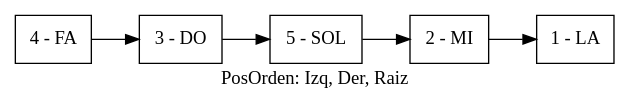
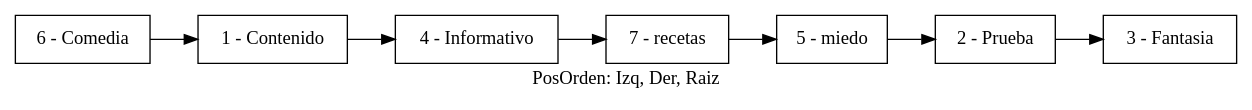
Before and after one commit to elJuanjoRamos/EDD_1S2020_PY2_201801262: the diagram in EDD_Proyecto2/AVLTreePosOrden.dot, drawn with Graphviz. The commit also changed 89 other files, not shown here.

```diff
--- a/EDD_Proyecto2/AVLTreePosOrden.dot
+++ b/EDD_Proyecto2/AVLTreePosOrden.dot
@@ -1,11 +1,15 @@
 digraph G {rankdir=LR;label="PosOrden: Izq, Der, Raiz";node[shape=box];
-nodo4 [ label ="4 - FA"];
-nodo3 [ label ="3 - DO"];
-nodo5 [ label ="5 - SOL"];
-nodo2 [ label ="2 - MI"];
-nodo1 [ label ="1 - LA"];
-nodo4-> nodo3
-nodo3-> nodo5
+nodo6 [ label ="6 - Comedia"];
+nodo1 [ label ="1 - Contenido"];
+nodo4 [ label ="4 - Informativo"];
+nodo7 [ label ="7 - recetas"];
+nodo5 [ label ="5 - miedo"];
+nodo2 [ label ="2 - Prueba"];
+nodo3 [ label ="3 - Fantasia"];
+nodo6-> nodo1
+nodo1-> nodo4
+nodo4-> nodo7
+nodo7-> nodo5
 nodo5-> nodo2
-nodo2-> nodo1
+nodo2-> nodo3
 }
```
